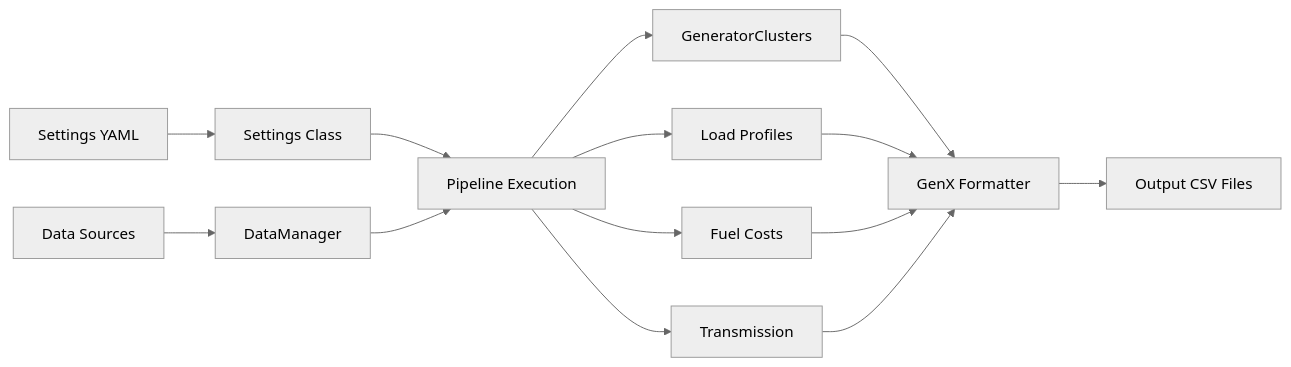
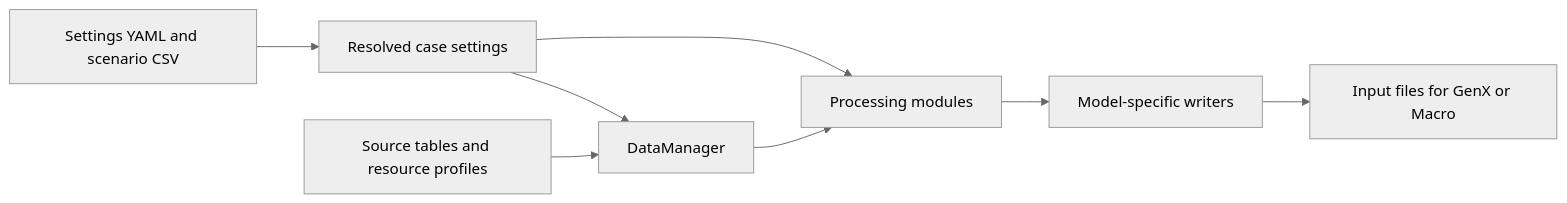
Before and after one commit to PowerGenome/PowerGenome: the diagram in docs/explanation/architecture.md, drawn with Mermaid (neutral theme). The commit also changed other lines of this file and 46 other files, not shown here.

````diff
--- a/docs/explanation/architecture.md
+++ b/docs/explanation/architecture.md
@@ -12,16 +7,10 @@
 ```mermaid
 graph LR
-    A[Settings YAML] --> B[Settings Class]
-    C[Data Sources] --> D[DataManager]
-    B --> E[Pipeline Execution]
+    A[Settings YAML and scenario CSV] --> B[Resolved case settings]
+    C[Source tables and resource profiles] --> D[DataManager]
+    B --> D
+    B --> E[Processing modules]
     D --> E
-    E --> F[GeneratorClusters]
-    E --> G[Load Profiles]
-    E --> H[Fuel Costs]
-    E --> I[Transmission]
-    F --> J[GenX Formatter]
-    G --> J
-    H --> J
-    I --> J
-    J --> K[Output CSV Files]
+    E --> F[Model-specific writers]
+    F --> G[Input files for GenX or Macro]
 ```
````
